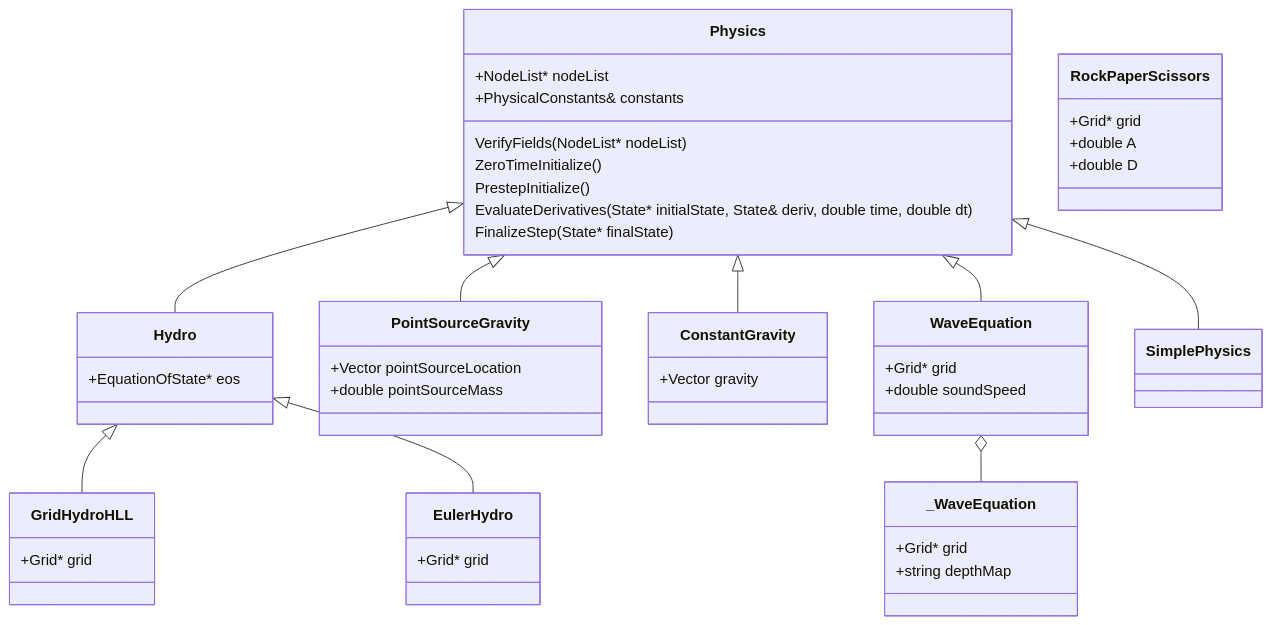
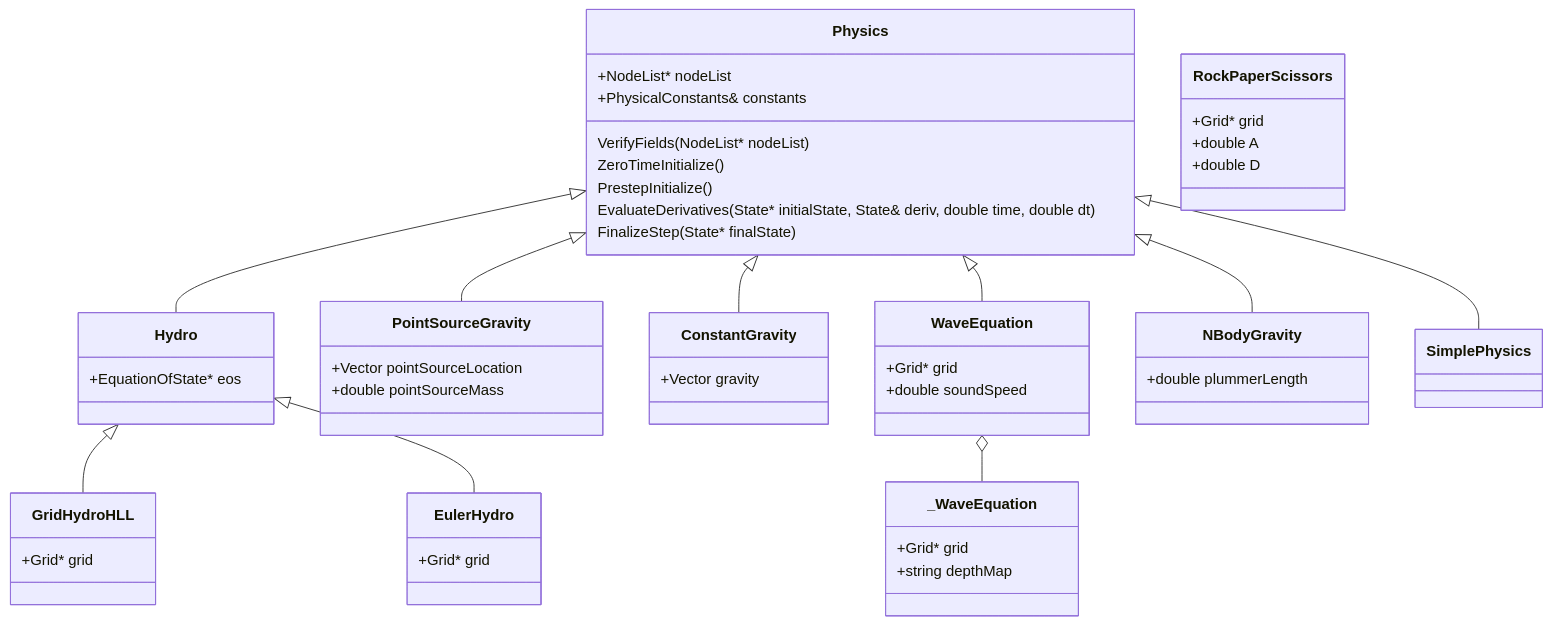
The diagram in src/Physics/Classes.md (antimatterhorn/nidhoggr), drawn with Mermaid before and after one commit.

Commit message:
updated physics class diagram to include NBody

````diff
--- a/src/Physics/Classes.md
+++ b/src/Physics/Classes.md
@@ -2,50 +2,54 @@
 ```mermaid
 classDiagram
     Physics <|-- Hydro
     Physics <|-- PointSourceGravity
     Physics <|-- ConstantGravity
     Physics <|-- WaveEquation
+    Physics <|-- NBodyGravity
     Physics : +NodeList* nodeList
     Physics : +PhysicalConstants& constants
     Physics : VerifyFields(NodeList* nodeList)
     Physics : ZeroTimeInitialize()
     Physics : PrestepInitialize()
     Physics : EvaluateDerivatives(State* initialState, State<dim>& deriv, double time, double dt)
     Physics : FinalizeStep(State* finalState)
     class PointSourceGravity{
         +Vector pointSourceLocation
         +double pointSourceMass
     }
     class ConstantGravity{
         +Vector gravity
+    }
+    class NBodyGravity{
+        +double plummerLength
     }
     class Hydro{
         +EquationOfState* eos
     }
     Physics <|-- SimplePhysics
     class SimplePhysics{
         
     }
     class WaveEquation{
         +Grid* grid
         +double soundSpeed
     }
     WaveEquation o -- _WaveEquation
     class _WaveEquation{
         +Grid* grid
         +string depthMap
     }
     class RockPaperScissors{
         +Grid* grid
         +double A
         +double D
     }
     Hydro <| -- GridHydroHLL
     class GridHydroHLL{
         +Grid* grid
     }
     Hydro <| -- EulerHydro
     class EulerHydro{
         +Grid* grid
     }
 ```
````
